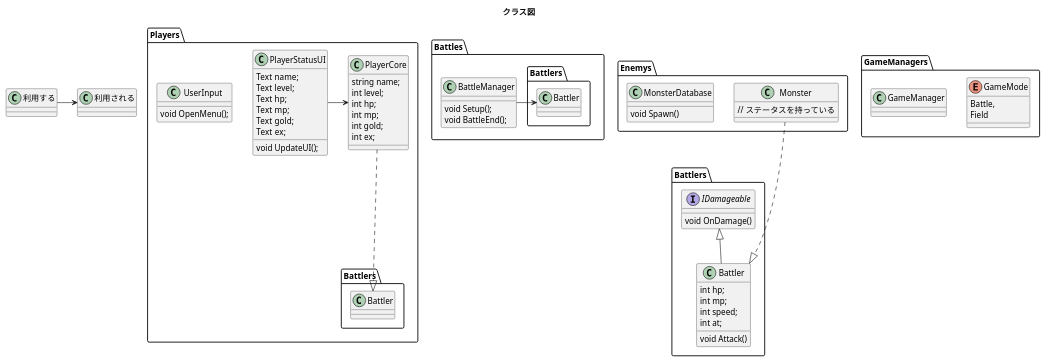
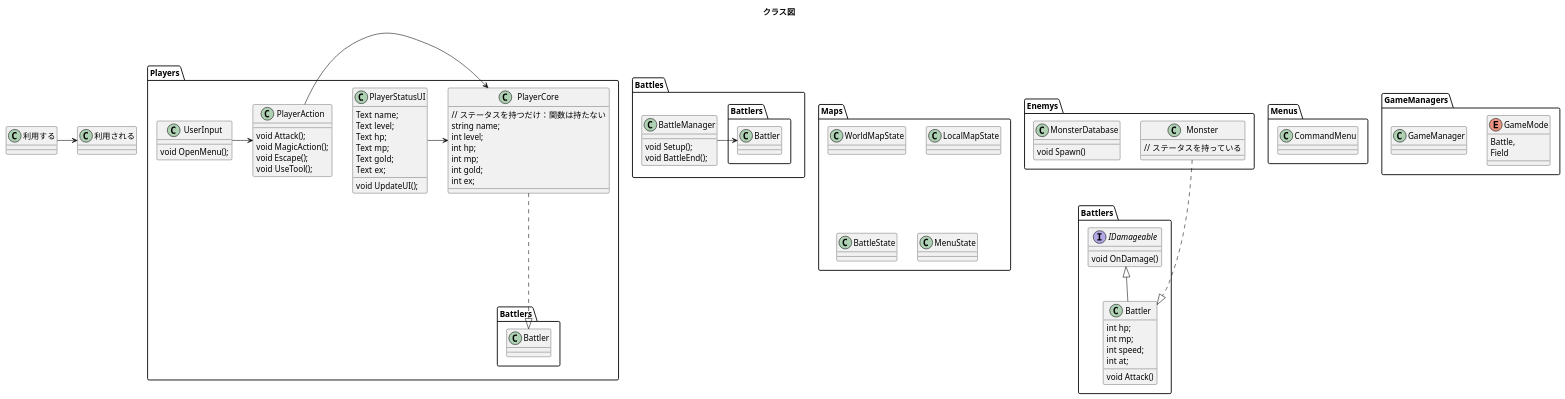
The diagram in DragonQuest.pu (Tsunehiko511/DragonQuestLike), drawn with PlantUML before and after one commit. The commit also changed 23 other files, not shown here.

```diff
--- a/DragonQuest.pu
+++ b/DragonQuest.pu
@@ -1,95 +1,123 @@
 @startuml
 title クラス図
 
 利用する -> 利用される
 
+namespace Maps{
+    class WorldMapState{
+    }
+    class LocalMapState{
+    }
+    class BattleState{
+    }
+    class MenuState{
+    }
+
+}
 
 namespace Players{
     class PlayerStatusUI
     {    
         Text name;
         Text level;
         Text hp;
         Text mp;
         Text gold;
         Text ex;
         void UpdateUI();
     }
 
     class PlayerCore
     {
+        // ステータスを持つだけ：関数は持たない
         string name;
         int level;
         int hp;
         int mp;
         int gold;
         int ex;
     }
+    class PlayerAction
+    {
+        void Attack();
+        void MagicAction();
+        void Escape();
+        void UseTool();
+    }
 
-    PlayerStatusUI -> Players.PlayerCore
-    Players.PlayerCore ...|> Battlers.Battler
+    PlayerAction -> PlayerCore
+    PlayerStatusUI -> PlayerCore
+    PlayerCore ...|> Battlers.Battler
+
+    UserInput -> PlayerAction 
 
     class UserInput
     {
         void OpenMenu();
     }
 }
 
 
 namespace Battles {
 
     class BattleManager
     {
         void Setup();
         void BattleEnd();
     }
     BattleManager ->Battlers.Battler
 }
 namespace Battlers {
 
     class Battler
     {
         int hp;
         int mp;
         int speed;
         int at;
         
         void Attack()
     }
     interface IDamageable
     {
         void OnDamage()
     }
 
     IDamageable <|-- Battler
 }
 
+namespace Menus{
+    class CommandMenu
+    {
+    }
+
+}
 
 namespace GameManagers{
 
     enum GameMode
     {
         Battle,
         Field
     }
 
     class GameManager
     {
     }
 }
 
 namespace Enemys{
 
     Monster ...|> Battlers.Battler
 
     class Monster
     {
         // ステータスを持っている
     }
 
     class MonsterDatabase
     {
         void Spawn()
     }
 }
 @enduml
```
